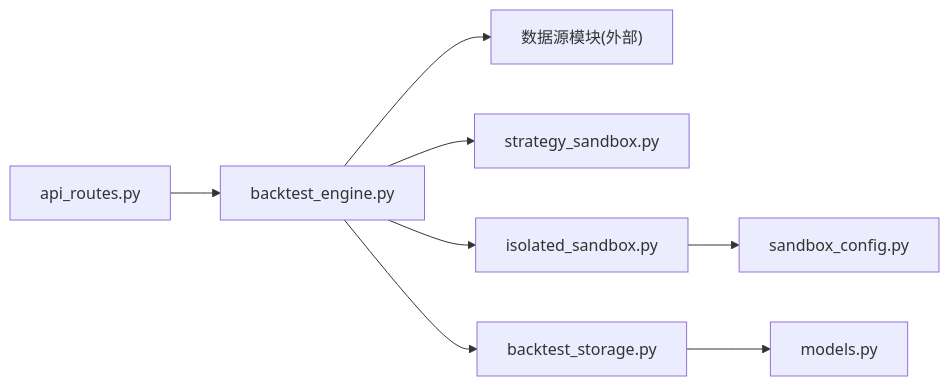
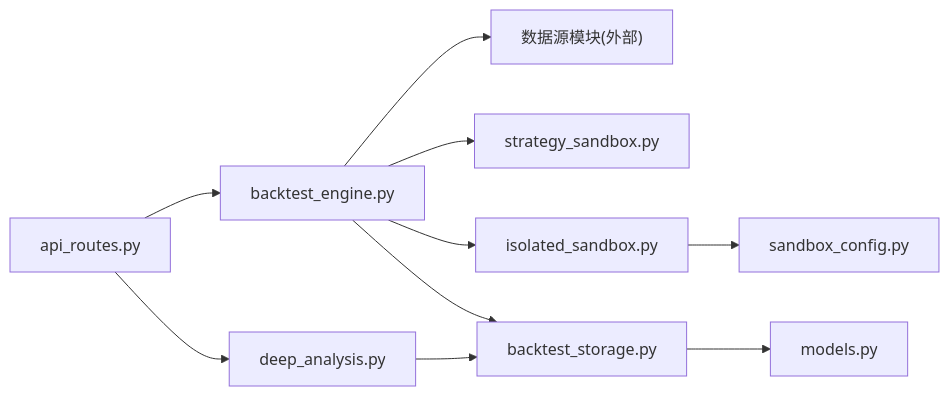
Before and after one commit to faryhuo/backtrader: the seventh of 7 diagrams in .qoder/repowiki/zh/content/核心功能详解/策略回测系统.md, drawn with Mermaid. The commit also changed other lines of this file and 7 other files, not shown here.

````diff
--- a/.qoder/repowiki/zh/content/核心功能详解/策略回测系统.md
+++ b/.qoder/repowiki/zh/content/核心功能详解/策略回测系统.md
@@ -298,10 +366,12 @@
 ```mermaid
 graph LR
 API["api_routes.py"] --> BE["backtest_engine.py"]
 BE --> DS["数据源模块(外部)"]
 BE --> SS["strategy_sandbox.py"]
 BE --> IS["isolated_sandbox.py"]
 BE --> BS["backtest_storage.py"]
 BS --> M["models.py"]
 IS --> SC["sandbox_config.py"]
+API --> DA["deep_analysis.py"]
+DA --> BS
 ```
````
